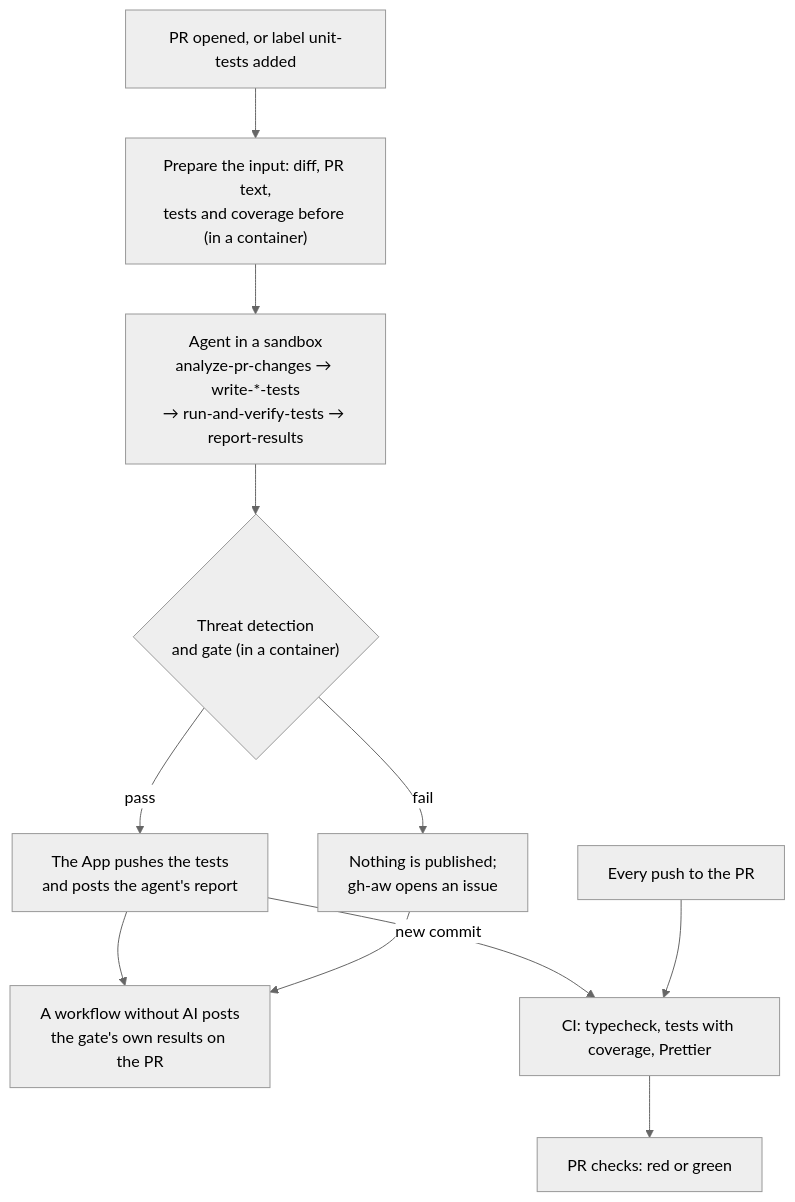
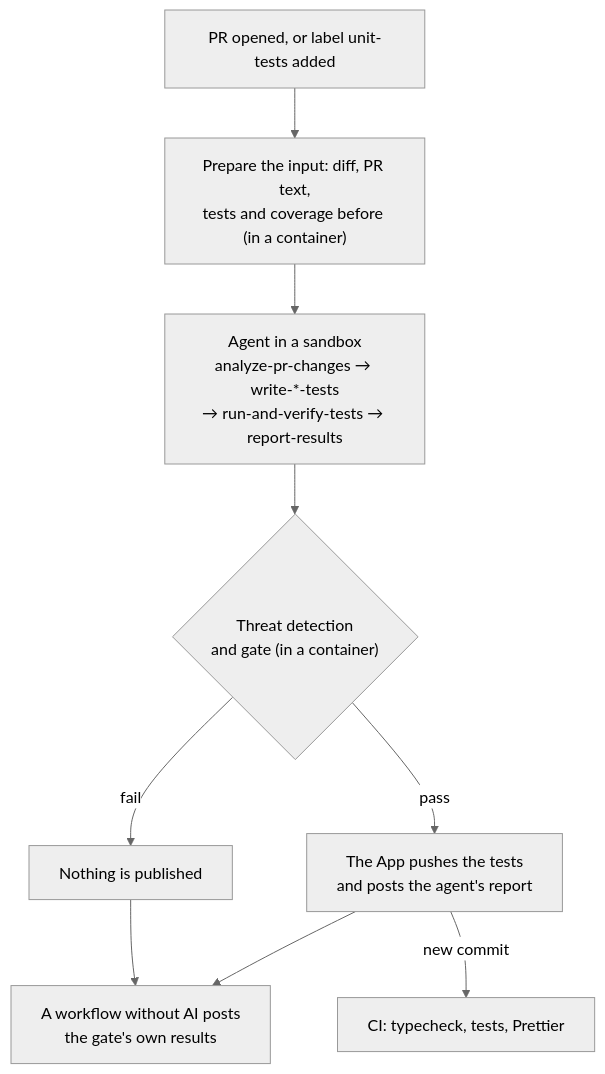
Before and after one commit to veraokhrimenko/taskly-unit-test-agent: the diagram in SOLUTION.md, drawn with Mermaid (neutral theme). The commit also changed other lines of this file and 6 other files, not shown here.

````diff
--- a/SOLUTION.md
+++ b/SOLUTION.md
@@ -78,13 +53,11 @@
 ```mermaid
 flowchart TD
     PR["PR opened, or label unit-tests added"] --> P["Prepare the input: diff, PR text,<br/>tests and coverage before (in a container)"]
     P --> G["Agent in a sandbox<br/>analyze-pr-changes → write-*-tests<br/>→ run-and-verify-tests → report-results"]
     G --> D{"Threat detection<br/>and gate (in a container)"}
     D -- pass --> S["The App pushes the tests<br/>and posts the agent's report"]
-    D -- fail --> X["Nothing is published;<br/>gh-aw opens an issue"]
-    S --> C["A workflow without AI posts<br/>the gate's own results on the PR"]
+    D -- fail --> X["Nothing is published"]
+    S --> C["A workflow without AI posts<br/>the gate's own results"]
     X --> C
-    S -- new commit --> CI["CI: typecheck, tests with coverage, Prettier"]
-    PUSH["Every push to the PR"] --> CI
-    CI --> R["PR checks: red or green"]
+    S -- new commit --> CI["CI: typecheck, tests, Prettier"]
 ```
````
